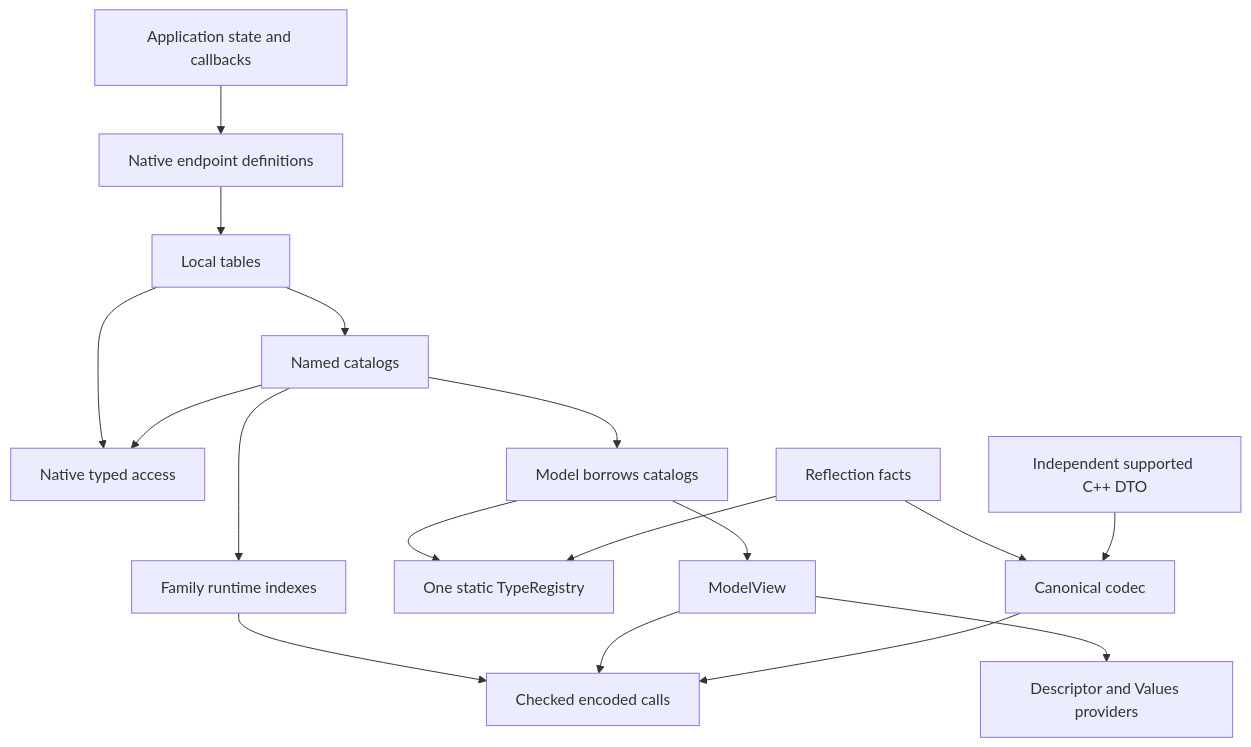
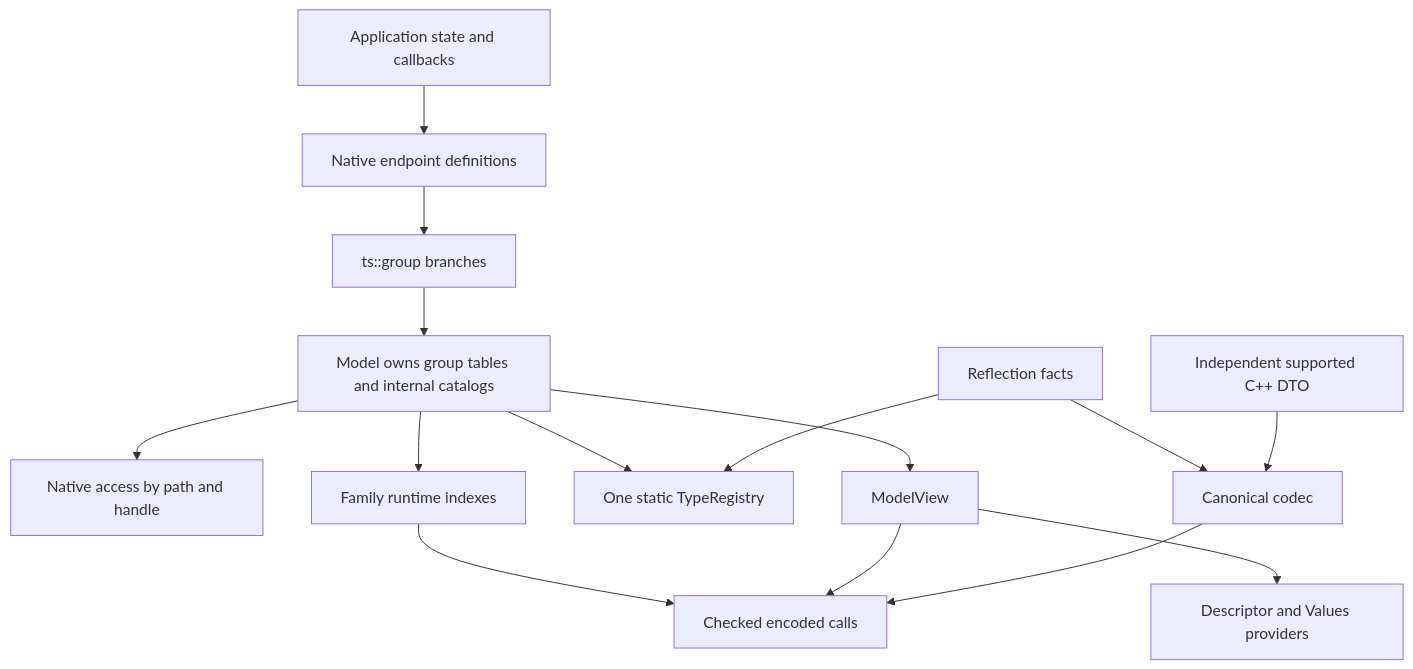
One commit to shpegun60/telemetry-sdk changed the diagram in doc/user/Model.md. Above: the diagram before and after it, drawn with Mermaid. The commit also changed other lines of this file and 40 other files, not shown here.

````diff
--- a/doc/user/Model.md
+++ b/doc/user/Model.md
@@ -205,19 +198,17 @@
 ```mermaid
 flowchart TD
     O[Application state and callbacks] --> D[Native endpoint definitions]
-    D --> T[Local tables]
-    T --> N[Native typed access]
-    T --> C[Named catalogs]
-    C --> N
-    C --> I[Family runtime indexes]
+    D --> G[ts::group branches]
+    G --> M[Model owns group tables and internal catalogs]
+    M --> N[Native access by path and handle]
+    M --> I[Family runtime indexes]
     I --> E[Checked encoded calls]
-    C --> M[Model borrows catalogs]
     M --> R[One static TypeRegistry]
     M --> V[ModelView]
     V --> E
     V --> P[Descriptor and Values providers]
     F[Reflection facts] --> R
     F --> K[Canonical codec]
     K --> E
     A[Independent supported C++ DTO] --> K
 ```
````
